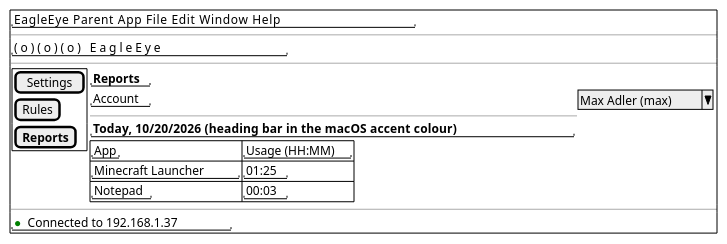
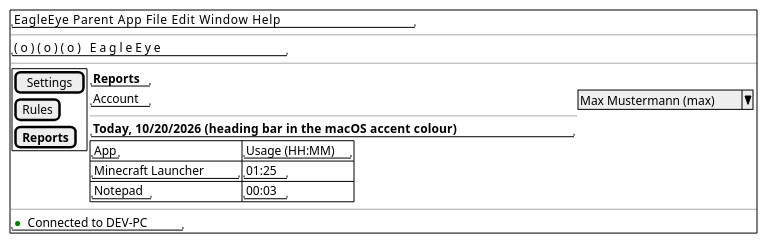
One commit to adlemich/EagleEye changed the first of 2 diagrams in 02_Implementation/docs/requirements/user-stories/US-007/user-story.md. Above: the diagram before and after it, drawn with PlantUML. The commit also changed other lines of this file and 220 other files, not shown here.

````diff
--- a/02_Implementation/docs/requirements/user-stories/US-007/user-story.md
+++ b/02_Implementation/docs/requirements/user-stories/US-007/user-story.md
@@ -171,30 +171,30 @@
 ```plantuml
 @startsalt
 {+
   " EagleEye Parent App   File   Edit   Window   Help"
   ---
   "(o)(o)(o)                 EagleEye"
   ---
   {
     {+
       [Settings]
       [Rules]
       [<b>Reports]
     } |
     {
       "<b>Reports"
-      "Account" | ^Max Adler (max)^
+      "Account" | ^Max Mustermann (max)^
       ---
       "<b>Today, 10/20/2026   (heading bar in the macOS accent colour)"
       {#
         "App" | "Usage (HH:MM)"
         "Minecraft Launcher" | "01:25"
         "Notepad" | "00:03"
       }
     }
   }
   ---
-  "<color:green>●</color> Connected to 192.168.1.37"
+  "<color:green>●</color> Connected to DEV-PC"
 }
 @endsalt
 ```
````
